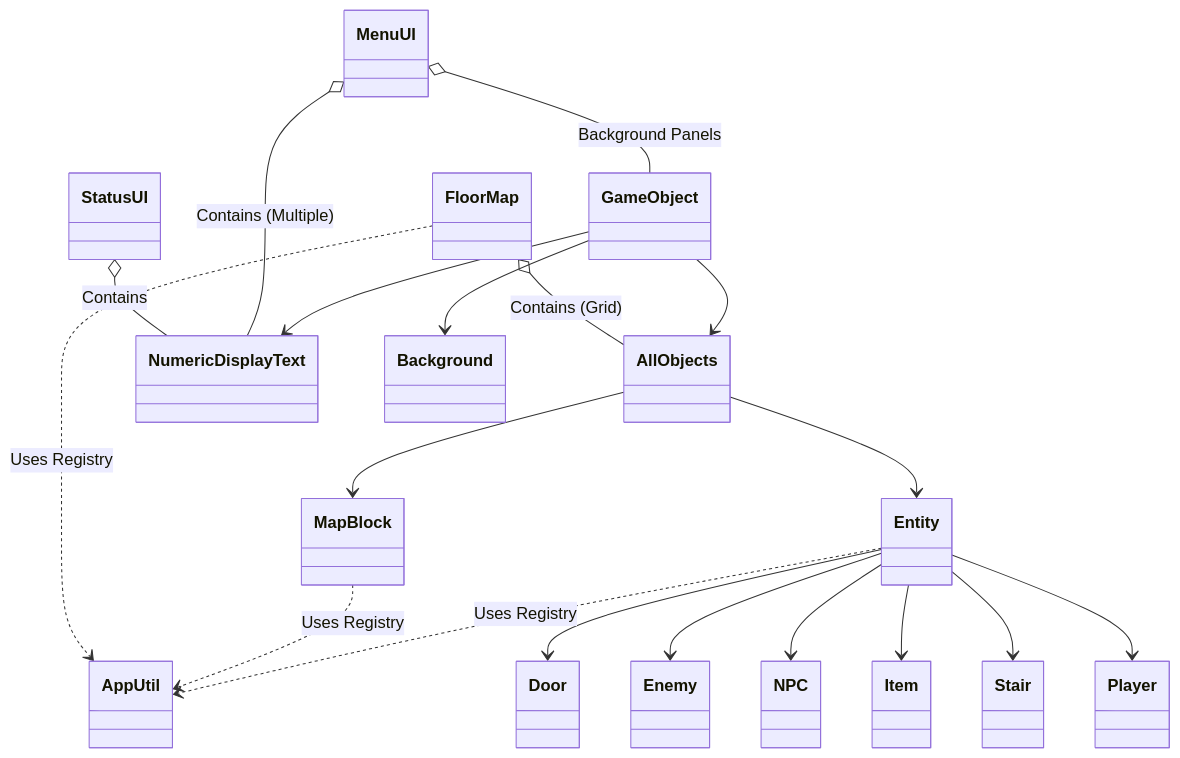
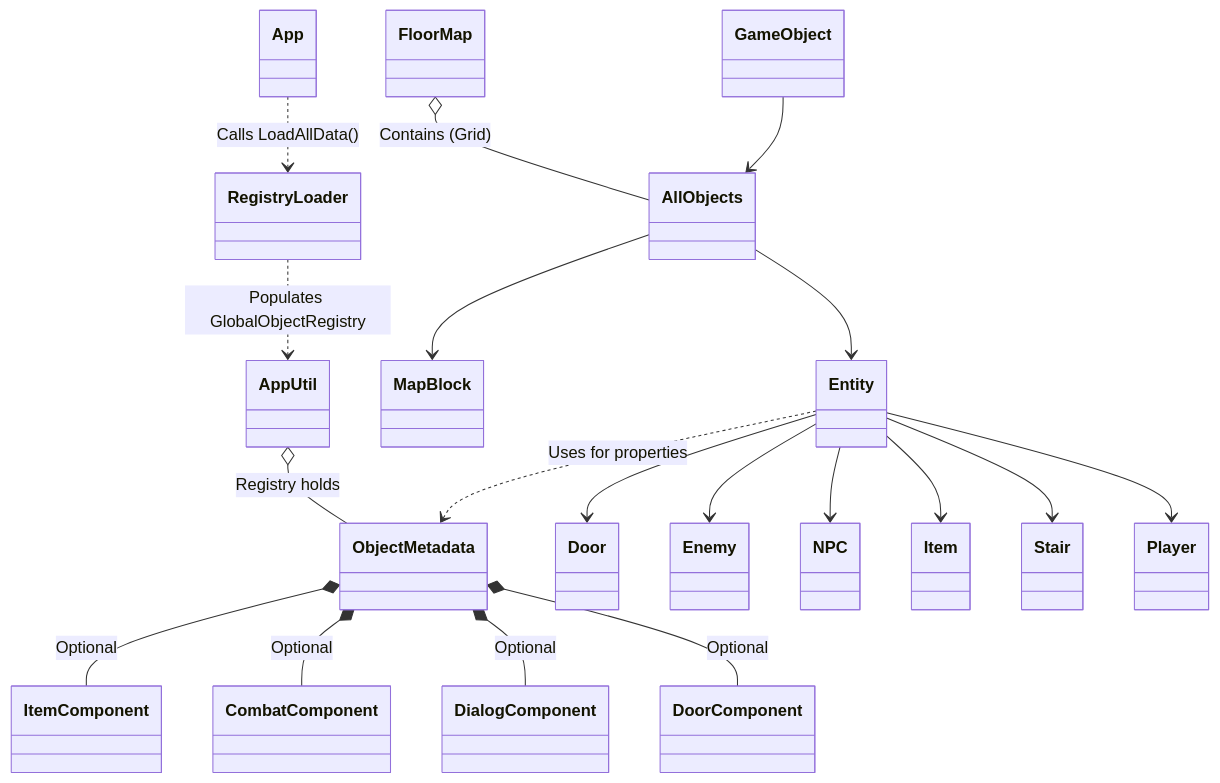
The first of 2 diagrams in Constructure.md (XWJWPIY/schoolwork_recreate_magic_tower), drawn with Mermaid before and after one commit. The commit also changed other lines of this file and 39 other files, not shown here.

````diff
--- a/Constructure.md
+++ b/Constructure.md
@@ -3,29 +3,31 @@
 ```mermaid
 classDiagram
-    %% 包含關係 (Containment)
+    %% 核心架構與組合關係
+    App ..> RegistryLoader : Calls LoadAllData()
+    RegistryLoader ..> AppUtil : Populates GlobalObjectRegistry
+    
     FloorMap o-- AllObjects : Contains (Grid)
-    StatusUI o-- NumericDisplayText : Contains
-    MenuUI o-- NumericDisplayText : Contains (Multiple)
-    MenuUI o-- GameObject : Background Panels
-
-    %% 依賴關係 (Dependency)
-    FloorMap ..> AppUtil : Uses Registry
-    MapBlock ..> AppUtil : Uses Registry
-    Entity ..> AppUtil : Uses Registry
-
-    %% 繼承關係 (Inheritance)
+    
+    %% 元數據與組件 (Component-based Design)
+    ObjectMetadata *-- ItemComponent : Optional
+    ObjectMetadata *-- CombatComponent : Optional
+    ObjectMetadata *-- DialogComponent : Optional
+    ObjectMetadata *-- DoorComponent : Optional
+    
+    AppUtil o-- ObjectMetadata : Registry holds
+    
+    %% 繼承關係
     GameObject --> AllObjects
-    GameObject --> Background
-    GameObject --> NumericDisplayText
-    %% MenuUI is a Manager, not necessarily a GameObject (holds them)
-    
     AllObjects --> MapBlock
     AllObjects --> Entity
     
     Entity --> Door
     Entity --> Enemy
     Entity --> NPC
     Entity --> Item
     Entity --> Stair
     Entity --> Player
+    
+    %% 重點依賴
+    Entity ..> ObjectMetadata : Uses for properties
 ```
````
